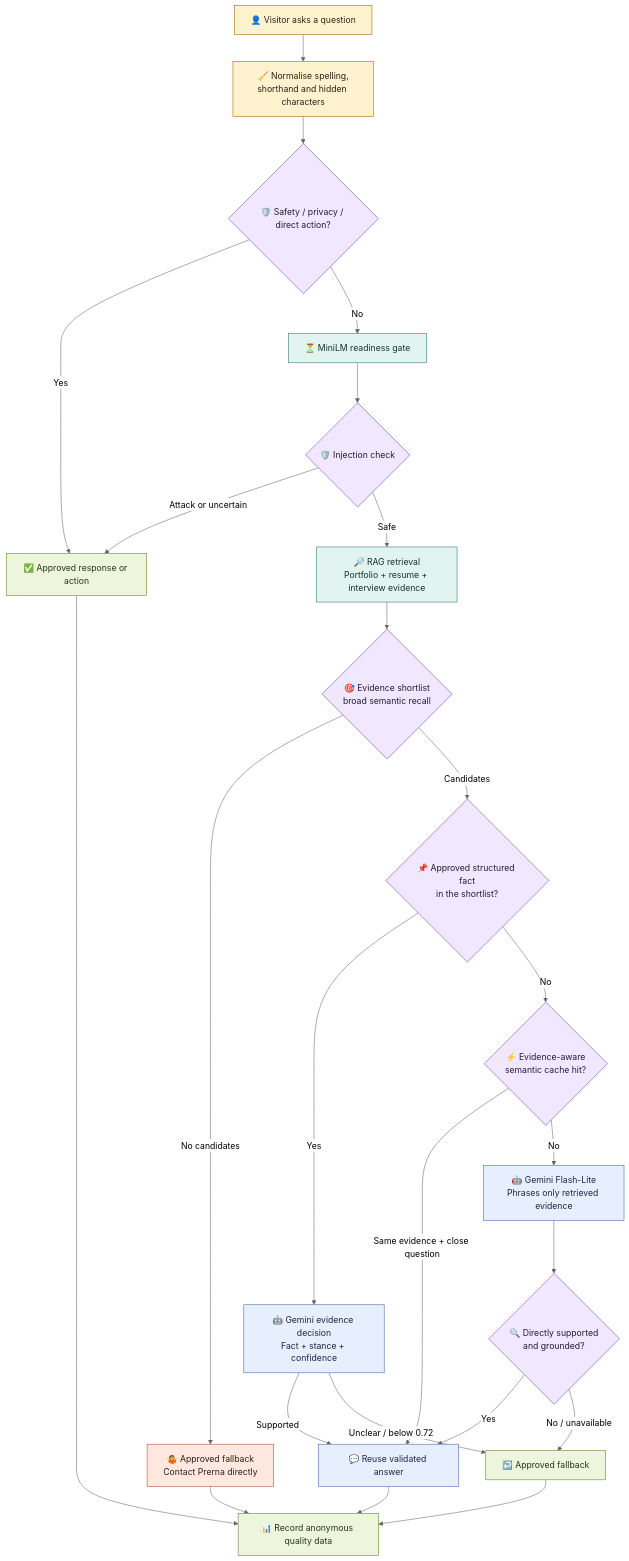
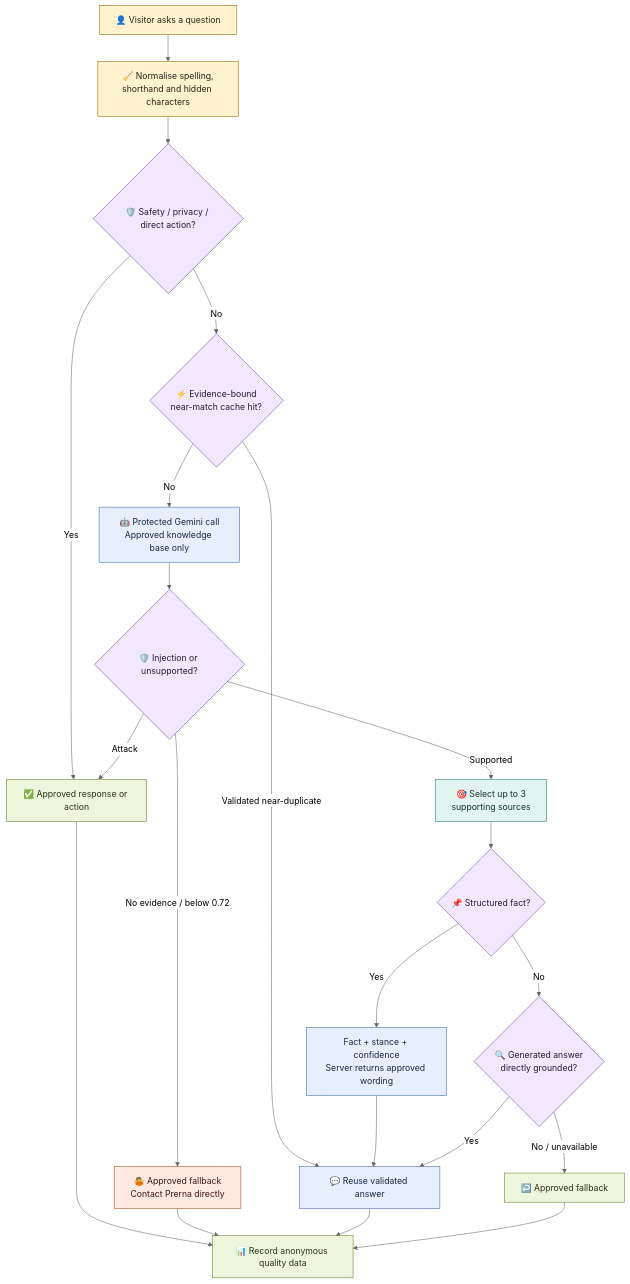
The first of 2 diagrams in README.md (robona-pk/portfolio), drawn with Mermaid (neutral theme) before and after one commit. The commit also changed other lines of this file and 7 other files, not shown here.

Commit message:
Replace browser MiniLM with Gemini evidence selection

````diff
--- a/README.md
+++ b/README.md
@@ -55,40 +55,37 @@
 ```mermaid
 flowchart TD
     A["👤 Visitor asks a question"] --> B["🧹 Normalise spelling,<br/>shorthand and hidden characters"]
     B --> S{"🛡️ Safety / privacy / direct action?"}
     S -- "Yes" --> G["✅ Approved response or action"]
-    S -- "No" --> Q["⏳ MiniLM readiness gate"]
-    Q --> I{"🛡️ Injection check"}
-    I -- "Attack or uncertain" --> G
-    I -- "Safe" --> H["🔎 RAG retrieval<br/>Portfolio + resume + interview evidence"]
-    H --> P{"🎯 Evidence shortlist<br/>broad semantic recall"}
-    P -- "No candidates" --> F["🤷 Approved fallback<br/>Contact Prerna directly"]
-    P -- "Candidates" --> J{"📌 Approved structured fact<br/>in the shortlist?"}
-    J -- "Yes" --> D["🤖 Gemini evidence decision<br/>Fact + stance + confidence"]
-    D -- "Supported" --> M
-    D -- "Unclear / below 0.72" --> N
-    J -- "No" --> C{"⚡ Evidence-aware<br/>semantic cache hit?"}
-    C -- "Same evidence + close question" --> M["💬 Reuse validated answer"]
-    C -- "No" --> K["🤖 Gemini Flash-Lite<br/>Phrases only retrieved evidence"]
-    K --> L{"🔍 Directly supported<br/>and grounded?"}
+    S -- "No" --> C{"⚡ Evidence-bound<br/>near-match cache hit?"}
+    C -- "Validated near-duplicate" --> M["💬 Reuse validated answer"]
+    C -- "No" --> K["🤖 Protected Gemini call<br/>Approved knowledge base only"]
+    K --> I{"🛡️ Injection or unsupported?"}
+    I -- "Attack" --> G
+    I -- "No evidence / below 0.72" --> F["🤷 Approved fallback<br/>Contact Prerna directly"]
+    I -- "Supported" --> P["🎯 Select up to 3<br/>supporting sources"]
+    P --> J{"📌 Structured fact?"}
+    J -- "Yes" --> D["Fact + stance + confidence<br/>Server returns approved wording"]
+    J -- "No" --> L{"🔍 Generated answer<br/>directly grounded?"}
+    D --> M
     L -- "Yes" --> M
     L -- "No / unavailable" --> N["↩️ Approved fallback"]
     G --> O["📊 Record anonymous quality data"]
     F --> O
     M --> O
     N --> O
 
     classDef visitor fill:#fff3cf,stroke:#9a6500,color:#2a2115;
     classDef decision fill:#f1e8ff,stroke:#6941a5,color:#251b35;
     classDef policy fill:#ffe8df,stroke:#a84a28,color:#351b13;
     classDef retrieval fill:#e2f4ef,stroke:#277766,color:#12342d;
     classDef ai fill:#e7efff,stroke:#3f64a8,color:#172743;
     classDef output fill:#edf6dd,stroke:#5d7f25,color:#263611;
 
     class A,B visitor;
-    class S,I,P,J,C,L decision;
+    class S,I,J,C,L decision;
     class F,G policy;
-    class H,Q retrieval;
+    class P retrieval;
     class D,K,M ai;
     class G,N,O output;
 ```
````
